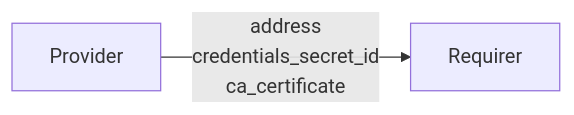
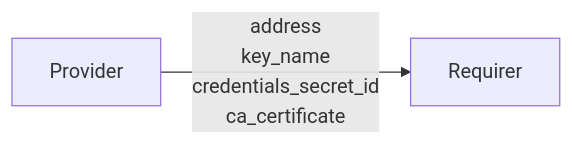
The diagram in interfaces/vault_autounseal/v0/README.md (canonical/charm-relation-interfaces), drawn with Mermaid before and after one commit. The commit also changed other lines of this file and 2 other files, not shown here.

Commit message:
Add key_name, improve wording

````diff
--- a/interfaces/vault_autounseal/v0/README.md
+++ b/interfaces/vault_autounseal/v0/README.md
@@ -9,9 +9,10 @@
 ```mermaid
 flowchart LR
   Provider --
     address
+    key_name
     credentials_secret_id
     ca_certificate
     --> Requirer
   Requirer
 ```
````
